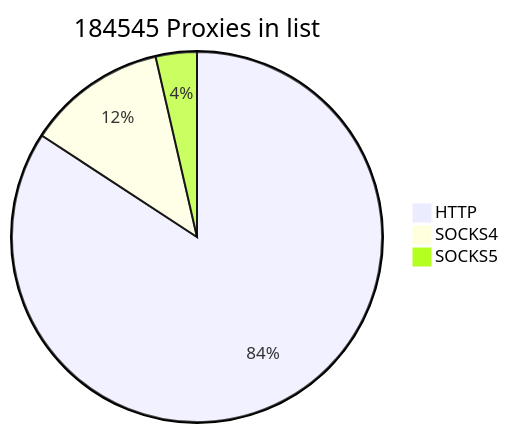
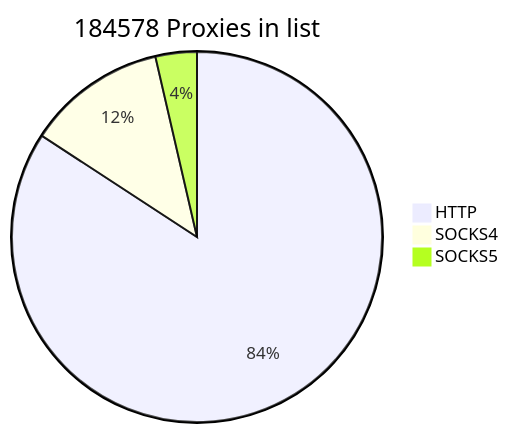
Before and after one commit to cutipu/proxylist: the first of 2 diagrams in README.md, drawn with Mermaid. The commit also changed other lines of this file, not shown here.

````diff
--- a/README.md
+++ b/README.md
@@ -2,7 +2,7 @@
 ```mermaid
-pie title 184545 Proxies in list
-    "HTTP" : 155421
-    "SOCKS4" : 22495
-    "SOCKS5" : 6629
+pie title 184578 Proxies in list
+    "HTTP" : 155420
+    "SOCKS4" : 22496
+    "SOCKS5" : 6662
             
 ```
````
